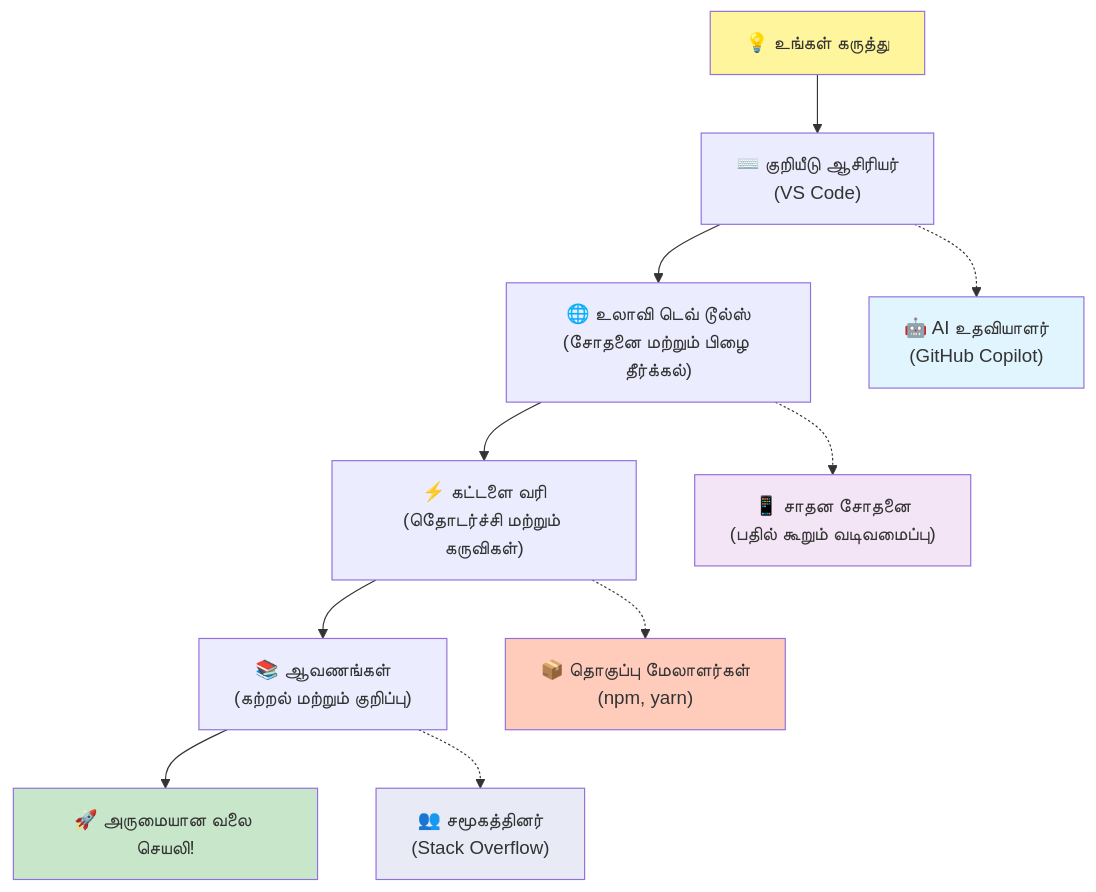
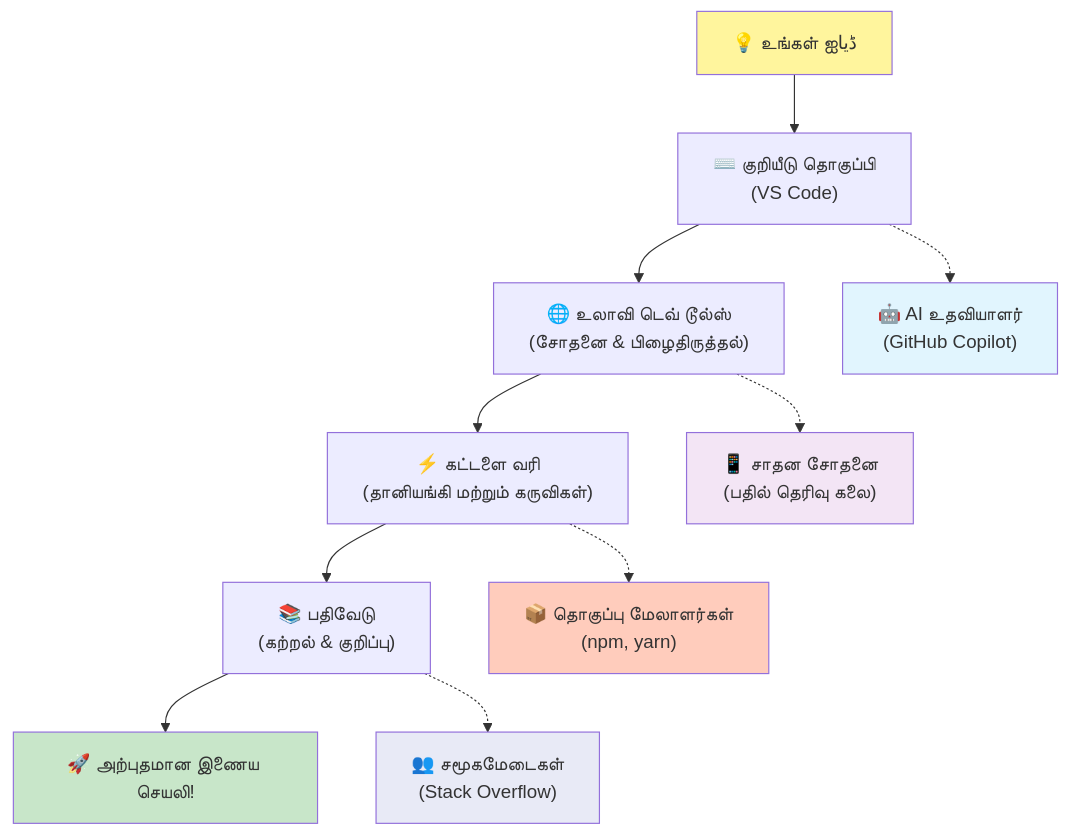
Before and after one commit to microsoft/Web-Dev-For-Beginners: the fifth of 7 diagrams in translations/ta/1-getting-started-lessons/1-intro-to-programming-languages/README.md, drawn with Mermaid. The commit also changed other lines of this file and 11 other files, not shown here.

````diff
--- a/translations/ta/1-getting-started-lessons/1-intro-to-programming-languages/README.md
+++ b/translations/ta/1-getting-started-lessons/1-intro-to-programming-languages/README.md
@@ -488,20 +484,20 @@
 ```mermaid
 graph TD
-    A["💡 உங்கள் கருத்து"] --> B["⌨️ குறியீடு ஆசிரியர்<br/>(VS Code)"] 
-    B --> C["🌐 உலாவி டெவ் டூல்ஸ்<br/>(சோதனை மற்றும் பிழை தீர்க்கல்)"]
-    C --> D["⚡ கட்டளை வரி<br/>(தேொடர்ச்சி மற்றும் கருவிகள்)"]
-    D --> E["📚 ஆவணங்கள்<br/>(கற்றல் மற்றும் குறிப்பு)"]
-    E --> F["🚀 அருமையான வலை செயலி!"]
+    A["💡 உங்கள் ஐڈیا"] --> B["⌨️ குறியீடு தொகுப்பி<br/>(VS Code)"] 
+    B --> C["🌐 உலாவி டெவ் டூல்ஸ்<br/>(சோதனை & பிழைதிருத்தல்)"]
+    C --> D["⚡ கட்டளை வரி<br/>(தானியங்கி மற்றும் கருவிகள்)"]
+    D --> E["📚 பதிவேடு<br/>(கற்றல் & குறிப்பு)"]
+    E --> F["🚀 அற்புதமான இணைய செயலி!"]
     
     B -.-> G["🤖 AI உதவியாளர்<br/>(GitHub Copilot)"]
-    C -.-> H["📱 சாதன சோதனை<br/>(பதில் கூறும் வடிவமைப்பு)"]
+    C -.-> H["📱 சாதன சோதனை<br/>(பதில் தெரிவு கலை)"]
     D -.-> I["📦 தொகுப்பு மேலாளர்கள்<br/>(npm, yarn)"]
-    E -.-> J["👥 சமூகத்தினர்<br/>(Stack Overflow)"]
+    E -.-> J["👥 சமூகமேடைகள்<br/>(Stack Overflow)"]
     
     style A fill:#fff59d
     style F fill:#c8e6c9
     style G fill:#e1f5fe
     style H fill:#f3e5f5
     style I fill:#ffccbc
     style J fill:#e8eaf6
-```  
+```
````
